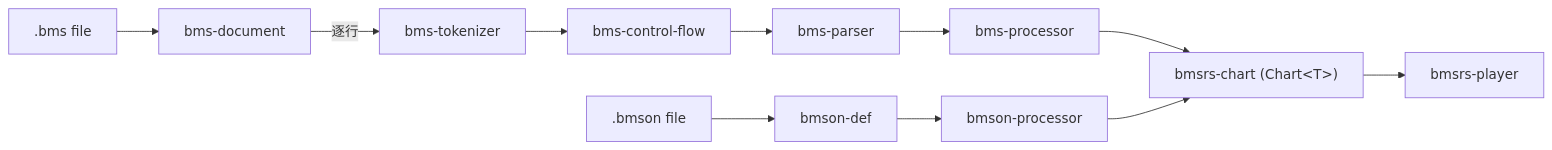
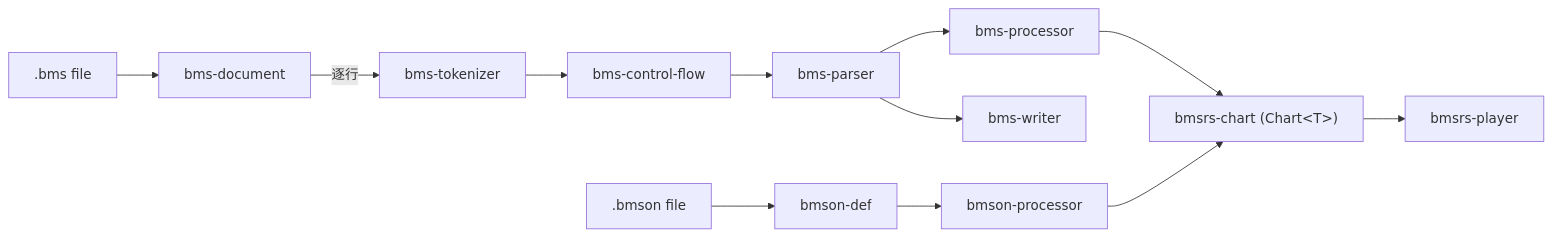
Before and after one commit to brightmeows/bmsrs: the diagram in AGENTS.md, drawn with Mermaid. The commit also changed other lines of this file, not shown here.

First line of the commit message:
docs(bmsrs): 补充 bms-writer 的管道与职责记录

````diff
--- a/AGENTS.md
+++ b/AGENTS.md
@@ -12,15 +12,16 @@
 ```mermaid
 flowchart LR
     BMS[".bms file"] --> Doc[bms-document]
     Doc -->|逐行| Tok[bms-tokenizer]
     Tok --> CF[bms-control-flow]
     CF --> Par[bms-parser]
     Par --> BProc[bms-processor]
+    Par --> Writer[bms-writer]
 
     BMSON[".bmson file"] --> BDef[bmson-def]
     BDef --> BMProc[bmson-processor]
 
     BProc --> Chart["bmsrs-chart (Chart&lt;T&gt;)"]
     BMProc --> Chart
     Chart --> Player[bmsrs-player]
 ```
````
